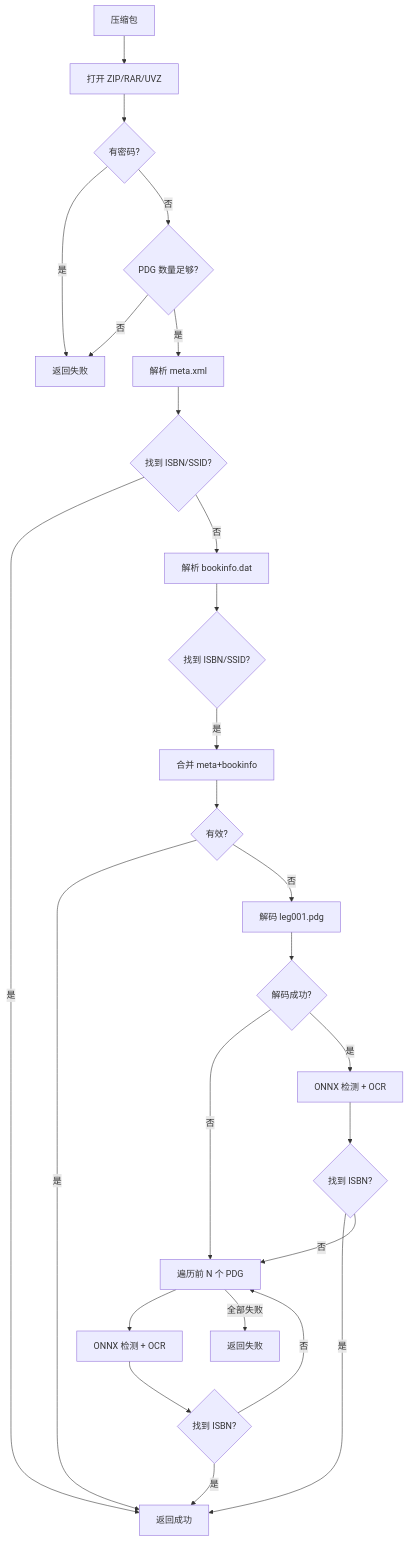
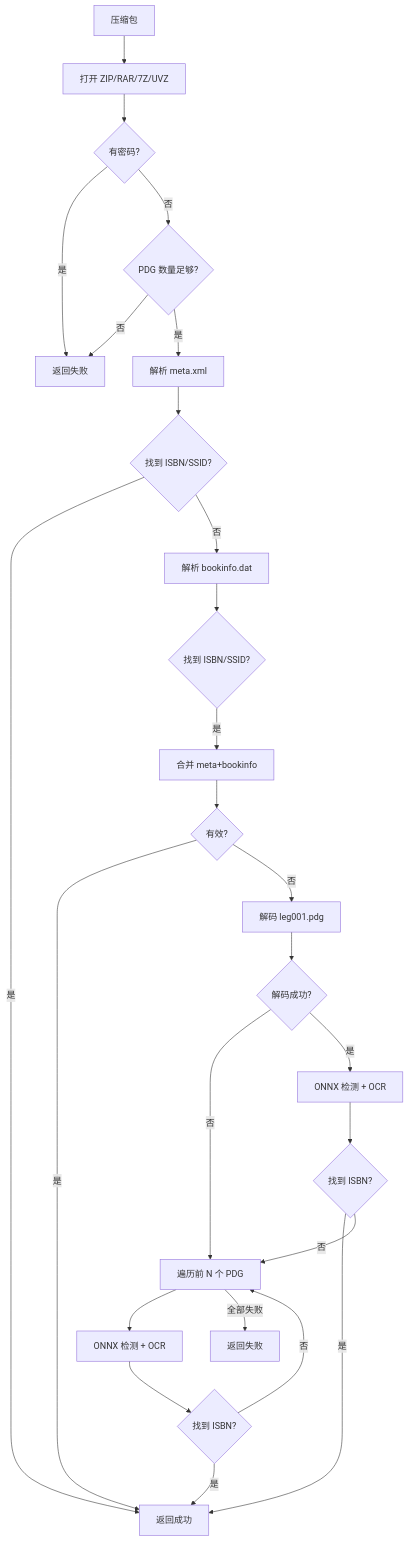
The diagram in docs/flow/archive_flow.md (zscmmm/isbnx), drawn with Mermaid before and after one commit. The commit also changed other lines of this file and 47 other files, not shown here.

````diff
--- a/docs/flow/archive_flow.md
+++ b/docs/flow/archive_flow.md
@@ -7,28 +7,28 @@
 ```mermaid
 graph TD
-    A[压缩包] --> B[打开 ZIP/RAR/UVZ]
+    A[压缩包] --> B[打开 ZIP/RAR/7Z/UVZ]
     B --> C{有密码?}
     C -->|是| D[返回失败]
     C -->|否| E{PDG 数量足够?}
     E -->|否| D
     E -->|是| F[解析 meta.xml]
     F --> G{找到 ISBN/SSID?}
     G -->|是| H[返回成功]
     G -->|否| I[解析 bookinfo.dat]
     I --> J{找到 ISBN/SSID?}
     J -->|是| K[合并 meta+bookinfo]
     K --> L{有效?}
     L -->|是| H
     L -->|否| M[解码 leg001.pdg]
     M --> N{解码成功?}
     N -->|否| O
     N -->|是| P[ONNX 检测 + OCR]
     P --> Q{找到 ISBN?}
     Q -->|是| H
     Q -->|否| O[遍历前 N 个 PDG]
     O --> R[ONNX 检测 + OCR]
     R --> S{找到 ISBN?}
     S -->|是| H
     S -->|否| O
     O -->|全部失败| T[返回失败]
 ```
````
